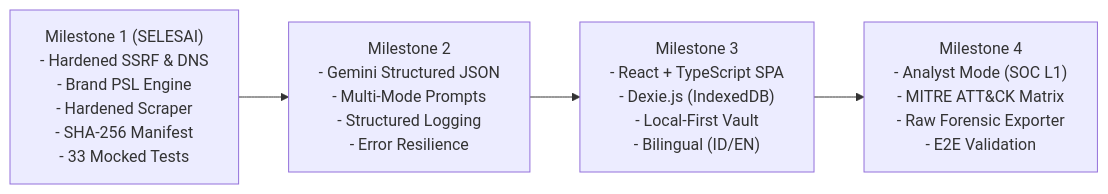
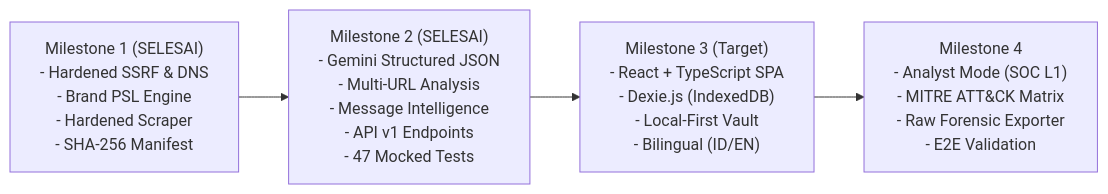
Before and after one commit to ChoqySirait/Chatbot: the second of 2 diagrams in README.md, drawn with Mermaid. The commit also changed other lines of this file and 3 other files, not shown here.

Commit message:
feat(api): implement v1 analysis endpoints, structured logging, and update documentation

````diff
--- a/README.md
+++ b/README.md
@@ -187,9 +197,9 @@
 ```mermaid
 flowchart LR
-    M1["Milestone 1 (SELESAI)\n- Hardened SSRF & DNS\n- Brand PSL Engine\n- Hardened Scraper\n- SHA-256 Manifest\n- 33 Mocked Tests"]
-    M2["Milestone 2\n- Gemini Structured JSON\n- Multi-Mode Prompts\n- Structured Logging\n- Error Resilience"]
-    M3["Milestone 3\n- React + TypeScript SPA\n- Dexie.js (IndexedDB)\n- Local-First Vault\n- Bilingual (ID/EN)"]
+    M1["Milestone 1 (SELESAI)\n- Hardened SSRF & DNS\n- Brand PSL Engine\n- Hardened Scraper\n- SHA-256 Manifest"]
+    M2["Milestone 2 (SELESAI)\n- Gemini Structured JSON\n- Multi-URL Analysis\n- Message Intelligence\n- API v1 Endpoints\n- 47 Mocked Tests"]
+    M3["Milestone 3 (Target)\n- React + TypeScript SPA\n- Dexie.js (IndexedDB)\n- Local-First Vault\n- Bilingual (ID/EN)"]
     M4["Milestone 4\n- Analyst Mode (SOC L1)\n- MITRE ATT&CK Matrix\n- Raw Forensic Exporter\n- E2E Validation"]
 
     M1 --> M2 --> M3 --> M4
 ```
````
